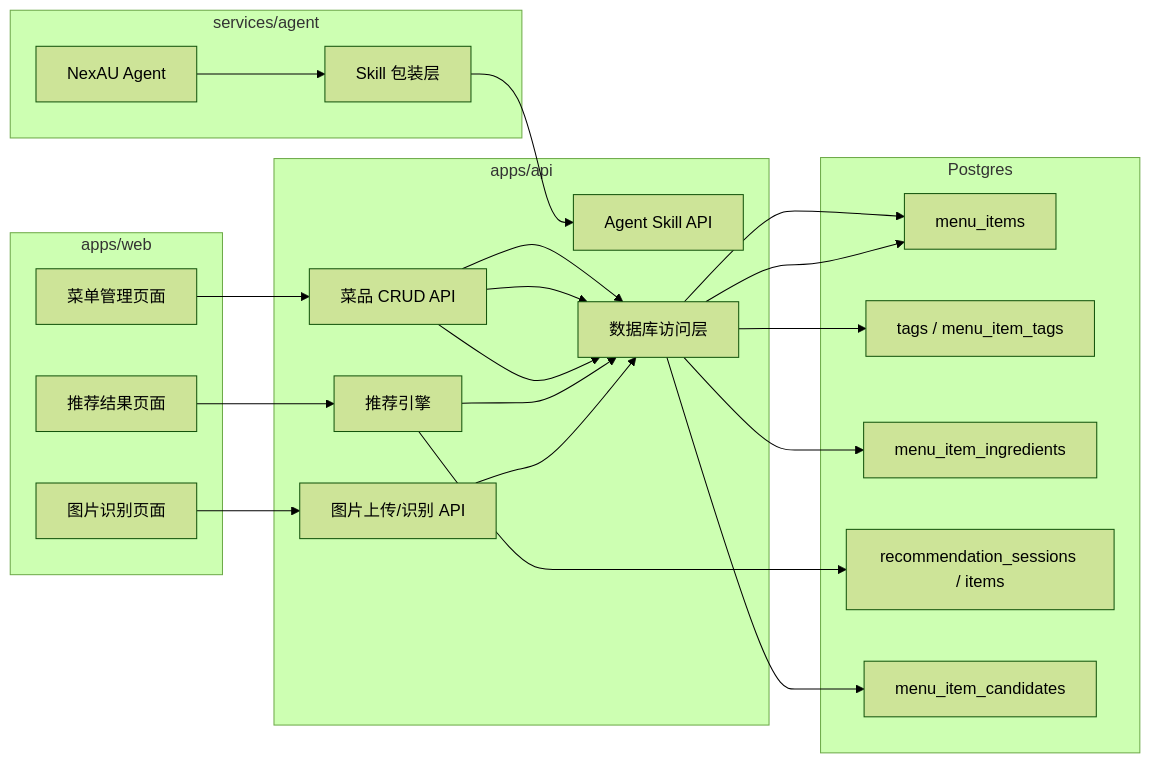
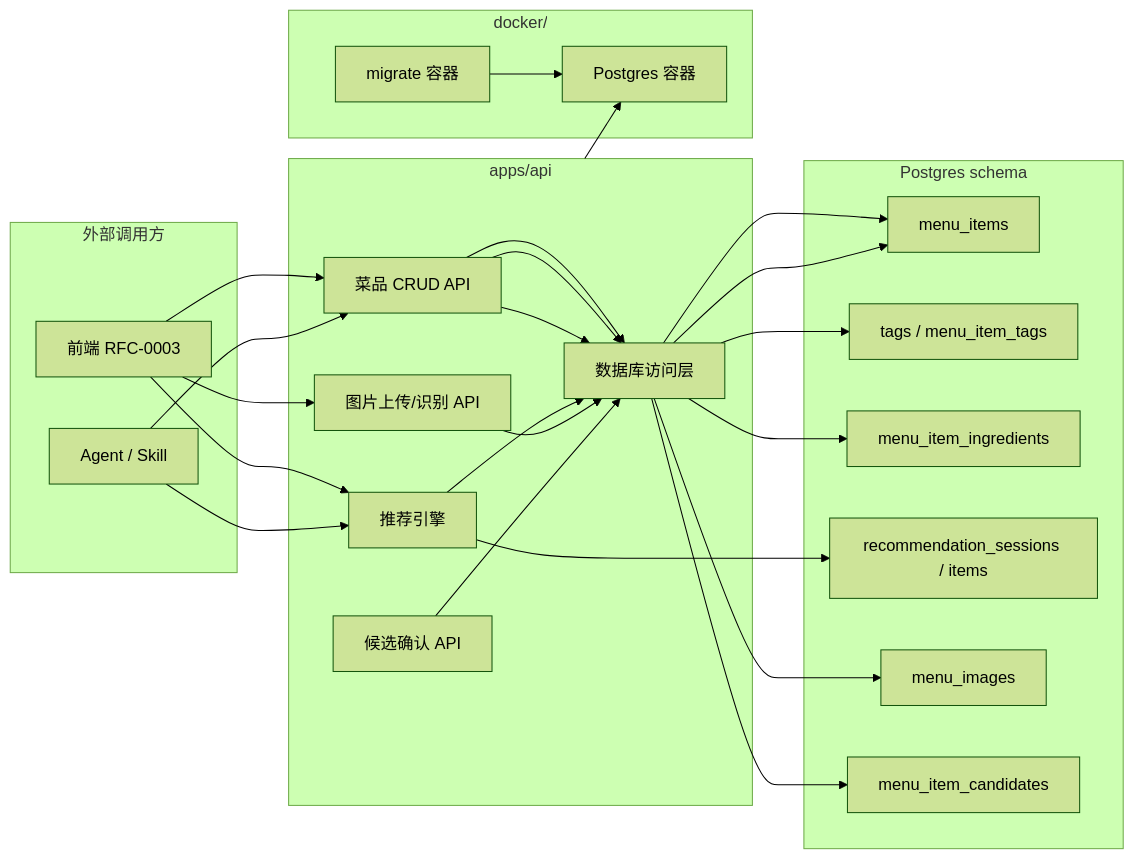
One commit to leoli-jpg/north-hackathon-team-5-ordering changed the fourth of 5 diagrams in docs/rfcs/0002-ordering-system-architecture.md. Above: the diagram before and after it, drawn with Mermaid (forest theme). The commit also changed other lines of this file and 16 other files, not shown here.

First line of the commit message:
RFC-0002: ordering API and database schema (#12)

````diff
--- a/docs/rfcs/0002-ordering-system-architecture.md
+++ b/docs/rfcs/0002-ordering-system-architecture.md
@@ -429,40 +435,44 @@
 ```mermaid
 flowchart LR
-    subgraph Web["apps/web"]
-        MenuPage["菜单管理页面"]
-        RecPage["推荐结果页面"]
-        ImagePage["图片识别页面"]
+    subgraph Caller["外部调用方"]
+        FE["前端 RFC-0003"]
+        AG["Agent / Skill"]
     end
 
     subgraph API["apps/api"]
         MenuAPI["菜品 CRUD API"]
         RecEngine["推荐引擎"]
         ImageAPI["图片上传/识别 API"]
-        SkillAPI["Agent Skill API"]
+        CandidateAPI["候选确认 API"]
         DBAccess["数据库访问层"]
     end
 
-    subgraph DB["Postgres"]
+    subgraph Docker["docker/"]
+        Migrate["migrate 容器"]
+        Postgres["Postgres 容器"]
+    end
+
+    subgraph DB["Postgres schema"]
         MenuItem["menu_items"]
         Tags["tags / menu_item_tags"]
         Ingredients["menu_item_ingredients"]
         Sessions["recommendation_sessions / items"]
+        Images["menu_images"]
         Candidates["menu_item_candidates"]
     end
 
-    subgraph Agent["services/agent"]
-        NexAU["NexAU Agent"]
-        Skill["Skill 包装层"]
-    end
-
-    MenuPage --> MenuAPI
-    RecPage --> RecEngine
-    ImagePage --> ImageAPI
-    NexAU --> Skill --> SkillAPI
+    FE --> MenuAPI
+    FE --> RecEngine
+    FE --> ImageAPI
+    AG --> MenuAPI
+    AG --> RecEngine
     MenuAPI --> DBAccess --> MenuItem
     MenuAPI --> DBAccess --> Tags
     MenuAPI --> DBAccess --> Ingredients
     RecEngine --> DBAccess --> MenuItem
     RecEngine --> Sessions
-    ImageAPI --> DBAccess --> Candidates
+    ImageAPI --> DBAccess --> Images
+    CandidateAPI --> DBAccess --> Candidates
+    Migrate --> Postgres
+    API --> Postgres
 ```
````
